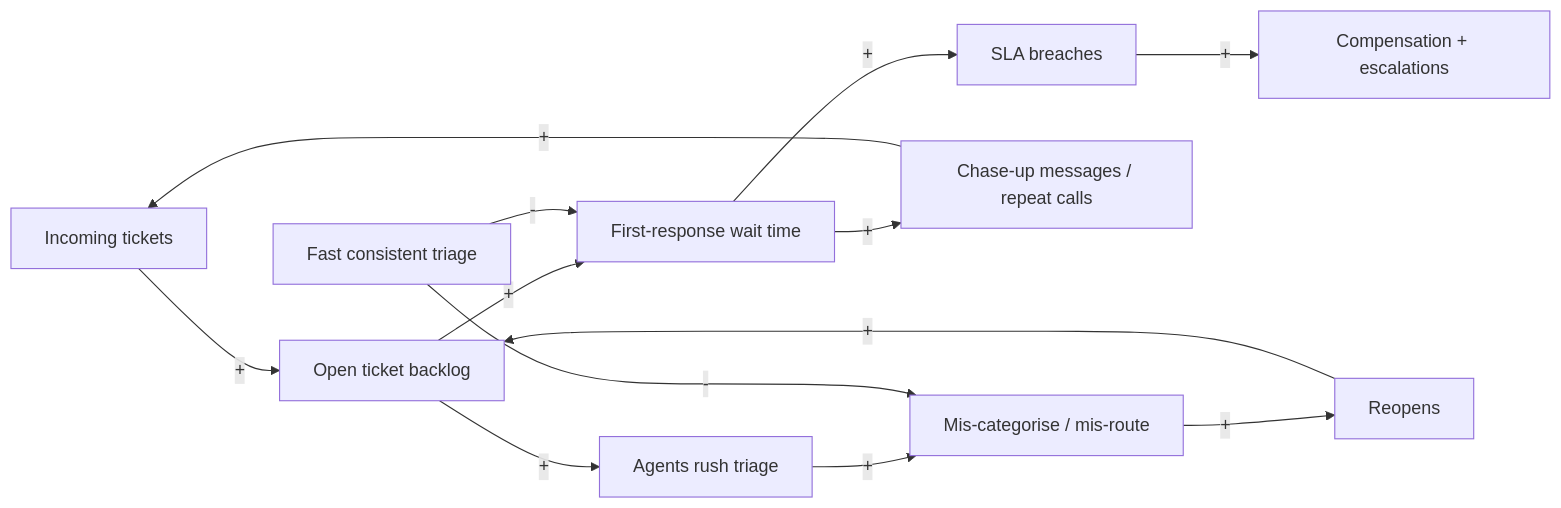
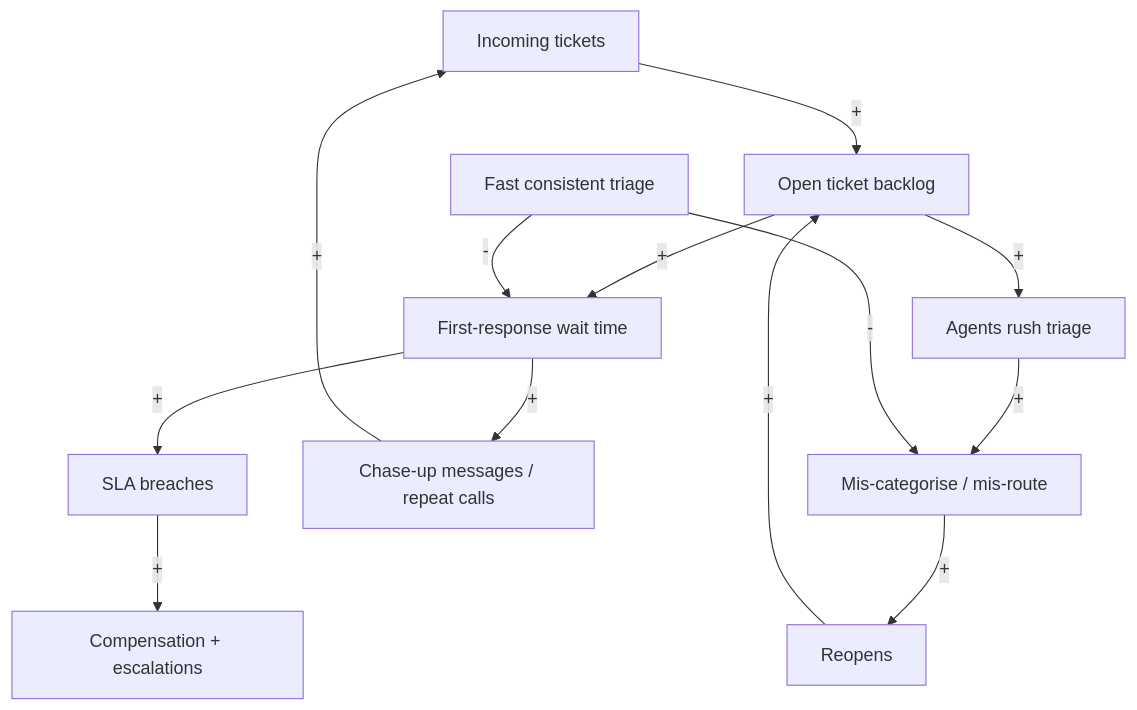
The third of 8 diagrams in book/05-part5-loopcycle.md (jayanthbagare/complete_book), drawn with Mermaid before and after one commit. The commit also changed other lines of this file and 9 other files, not shown here.

First line of the commit message:
Fix site layout and unreadable diagrams

````diff
--- a/book/05-part5-loopcycle.md
+++ b/book/05-part5-loopcycle.md
@@ -205,15 +205,15 @@
 ```mermaid
-graph LR
-  INFLOW[Incoming tickets] -->|+| QUEUE[Open ticket backlog]
-  QUEUE -->|+| WAIT[First-response wait time]
-  WAIT -->|+| BREACH[SLA breaches]
-  BREACH -->|+| COMP[Compensation + escalations]
-  WAIT -->|+| FOLLOWUP[Chase-up messages / repeat calls]
-  FOLLOWUP -->|+| INFLOW
-  QUEUE -->|+| RUSH[Agents rush triage]
-  RUSH -->|+| MISROUTE[Mis-categorise / mis-route]
-  MISROUTE -->|+| REOPEN[Reopens]
-  REOPEN -->|+| QUEUE
-  TRIAGE[Fast consistent triage] -->|-| WAIT
-  TRIAGE -->|-| MISROUTE
+graph TD
+  INFLOW[Incoming tickets] -->|#43;| QUEUE[Open ticket backlog]
+  QUEUE -->|#43;| WAIT[First-response wait time]
+  WAIT -->|#43;| BREACH[SLA breaches]
+  BREACH -->|#43;| COMP[Compensation + escalations]
+  WAIT -->|#43;| FOLLOWUP[Chase-up messages / repeat calls]
+  FOLLOWUP -->|#43;| INFLOW
+  QUEUE -->|#43;| RUSH[Agents rush triage]
+  RUSH -->|#43;| MISROUTE[Mis-categorise / mis-route]
+  MISROUTE -->|#43;| REOPEN[Reopens]
+  REOPEN -->|#43;| QUEUE
+  TRIAGE[Fast consistent triage] -->|#45;| WAIT
+  TRIAGE -->|#45;| MISROUTE
 ```
````
